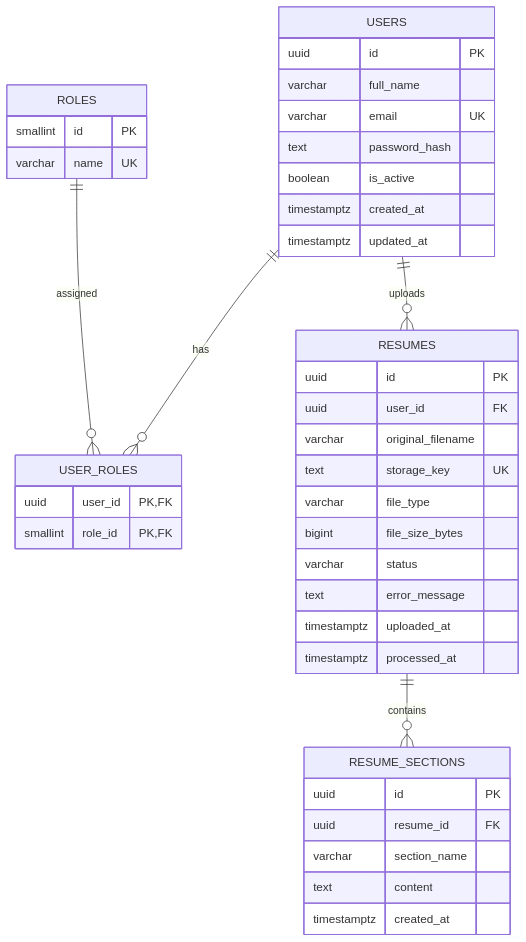
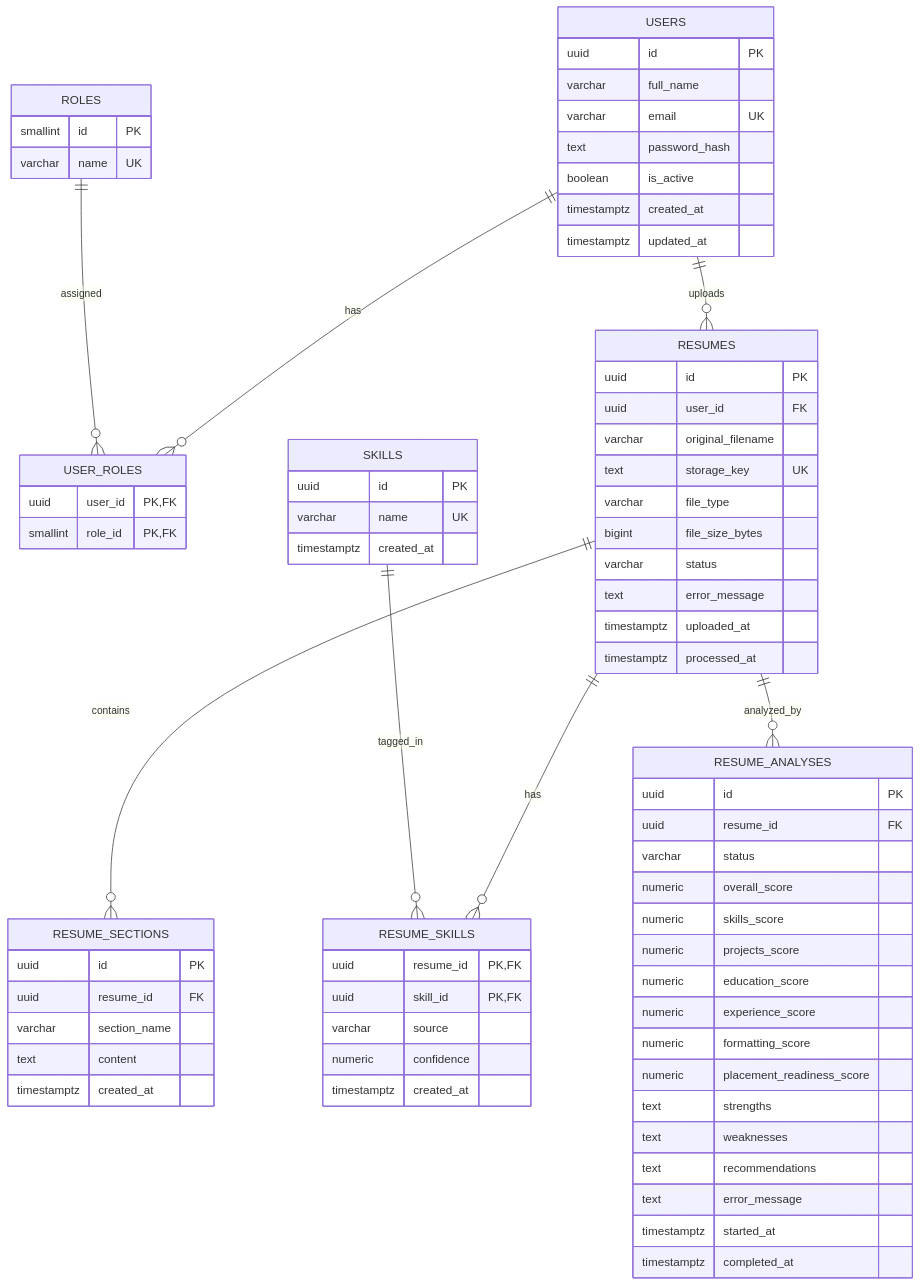
One commit to Tanvii13/Resume-Analyzer-for-College-Placements changed the diagram in database/erd.mmd. Above: the diagram before and after it, drawn with Mermaid. The commit also changed 2 other files, not shown here.

Commit message:
feat(db): add Sprint 2 schema for resume analysis and scoring
- Add skills table with 25 pre-seeded placement-relevant skills
- Add resume_skills junction table (resume <-> skill) with confidence score and source tracking
- Add resume_analyses table with 6 sub-scores (skills, projects, education, experience, formatting, placement_readiness)
- Add indexes: idx_resume_skills_skill, idx_resume_analyses_resume
- Add sprint2_schema.sql standalone migration (safe to run after Sprint 1)
- Update erd.mmd to include Sprint 2 entities and relationships

No conflicts with Sprint 1 tables (users, roles, user_roles, resumes, resume_sections).

```diff
--- a/database/erd.mmd
+++ b/database/erd.mmd
@@ -1,42 +1,75 @@
 erDiagram
     USERS ||--o{ USER_ROLES : has
     ROLES ||--o{ USER_ROLES : assigned
     USERS ||--o{ RESUMES : uploads
     RESUMES ||--o{ RESUME_SECTIONS : contains
+    RESUMES ||--o{ RESUME_SKILLS : has
+    RESUMES ||--o{ RESUME_ANALYSES : analyzed_by
+    SKILLS ||--o{ RESUME_SKILLS : tagged_in
 
     USERS {
         uuid id PK
         varchar full_name
         varchar email UK
         text password_hash
         boolean is_active
         timestamptz created_at
         timestamptz updated_at
     }
     ROLES {
         smallint id PK
         varchar name UK
     }
     USER_ROLES {
         uuid user_id PK, FK
         smallint role_id PK, FK
     }
     RESUMES {
         uuid id PK
         uuid user_id FK
         varchar original_filename
         text storage_key UK
         varchar file_type
         bigint file_size_bytes
         varchar status
         text error_message
         timestamptz uploaded_at
         timestamptz processed_at
     }
     RESUME_SECTIONS {
         uuid id PK
         uuid resume_id FK
         varchar section_name
         text content
         timestamptz created_at
     }
+    SKILLS {
+        uuid id PK
+        varchar name UK
+        timestamptz created_at
+    }
+    RESUME_SKILLS {
+        uuid resume_id PK, FK
+        uuid skill_id PK, FK
+        varchar source
+        numeric confidence
+        timestamptz created_at
+    }
+    RESUME_ANALYSES {
+        uuid id PK
+        uuid resume_id FK
+        varchar status
+        numeric overall_score
+        numeric skills_score
+        numeric projects_score
+        numeric education_score
+        numeric experience_score
+        numeric formatting_score
+        numeric placement_readiness_score
+        text strengths
+        text weaknesses
+        text recommendations
+        text error_message
+        timestamptz started_at
+        timestamptz completed_at
+    }
```
